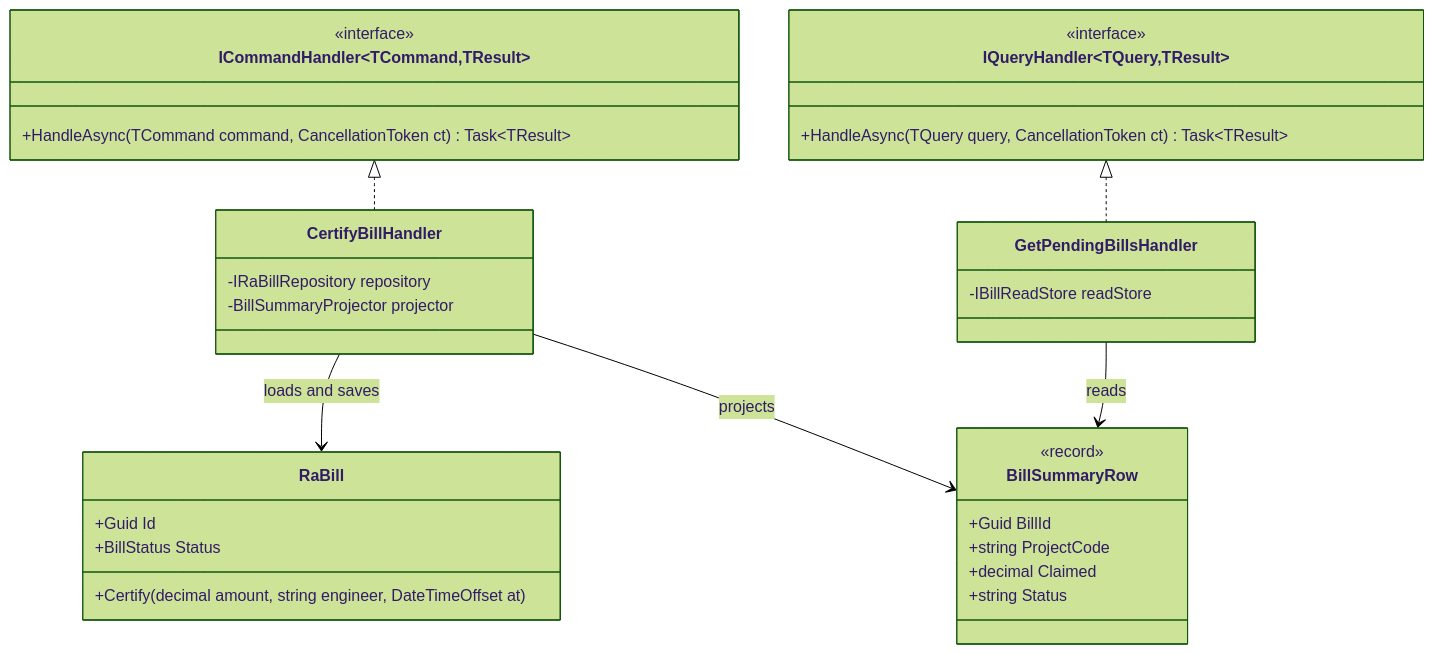
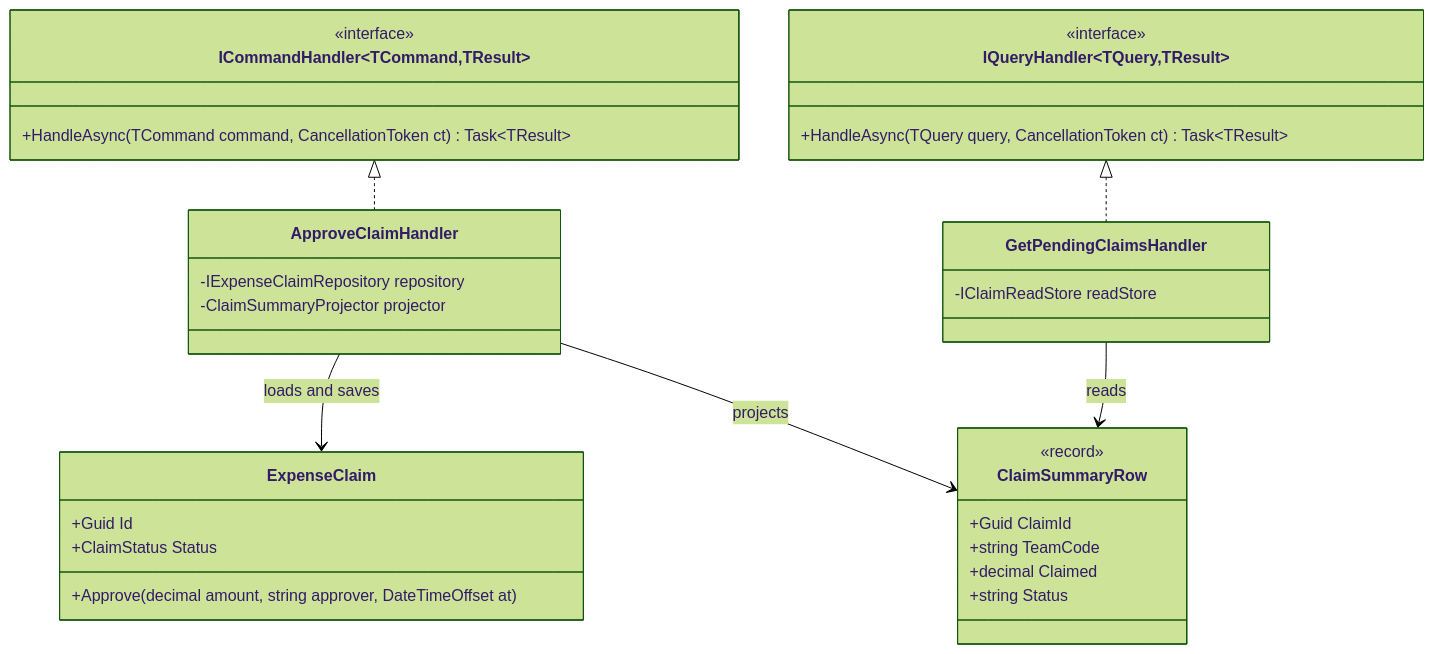
The third of 3 diagrams in content/lessons/m08/m08-cqrs-fundamentals.md (rizwi0786/system-design-lab), drawn with Mermaid (forest theme) before and after one commit. The commit also changed other lines of this file and 334 other files, not shown here.

````diff
--- a/content/lessons/m08/m08-cqrs-fundamentals.md
+++ b/content/lessons/m08/m08-cqrs-fundamentals.md
@@ -218,35 +218,35 @@
 ```mermaid
 classDiagram
     class ICommandHandler~TCommand,TResult~ {
         <<interface>>
         +HandleAsync(TCommand command, CancellationToken ct) Task~TResult~
     }
     class IQueryHandler~TQuery,TResult~ {
         <<interface>>
         +HandleAsync(TQuery query, CancellationToken ct) Task~TResult~
     }
-    class CertifyBillHandler {
-        -IRaBillRepository repository
-        -BillSummaryProjector projector
+    class ApproveClaimHandler {
+        -IExpenseClaimRepository repository
+        -ClaimSummaryProjector projector
     }
-    class GetPendingBillsHandler {
-        -IBillReadStore readStore
+    class GetPendingClaimsHandler {
+        -IClaimReadStore readStore
     }
-    class RaBill {
+    class ExpenseClaim {
         +Guid Id
-        +BillStatus Status
-        +Certify(decimal amount, string engineer, DateTimeOffset at)
+        +ClaimStatus Status
+        +Approve(decimal amount, string approver, DateTimeOffset at)
     }
-    class BillSummaryRow {
+    class ClaimSummaryRow {
         <<record>>
-        +Guid BillId
-        +string ProjectCode
+        +Guid ClaimId
+        +string TeamCode
         +decimal Claimed
         +string Status
     }
-    ICommandHandler <|.. CertifyBillHandler
-    IQueryHandler <|.. GetPendingBillsHandler
-    CertifyBillHandler --> RaBill : loads and saves
-    CertifyBillHandler --> BillSummaryRow : projects
-    GetPendingBillsHandler --> BillSummaryRow : reads
+    ICommandHandler <|.. ApproveClaimHandler
+    IQueryHandler <|.. GetPendingClaimsHandler
+    ApproveClaimHandler --> ExpenseClaim : loads and saves
+    ApproveClaimHandler --> ClaimSummaryRow : projects
+    GetPendingClaimsHandler --> ClaimSummaryRow : reads
 ```
````
